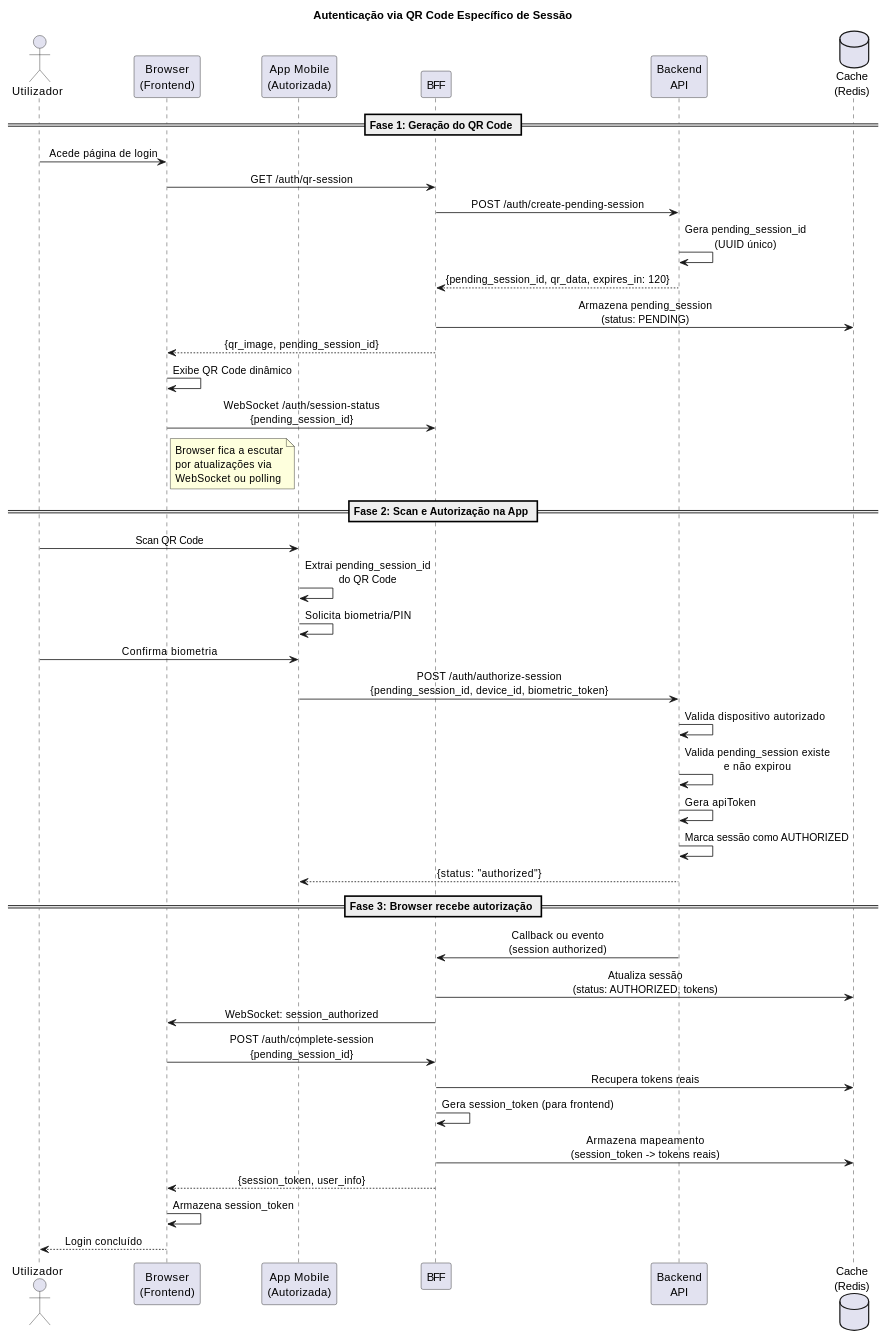
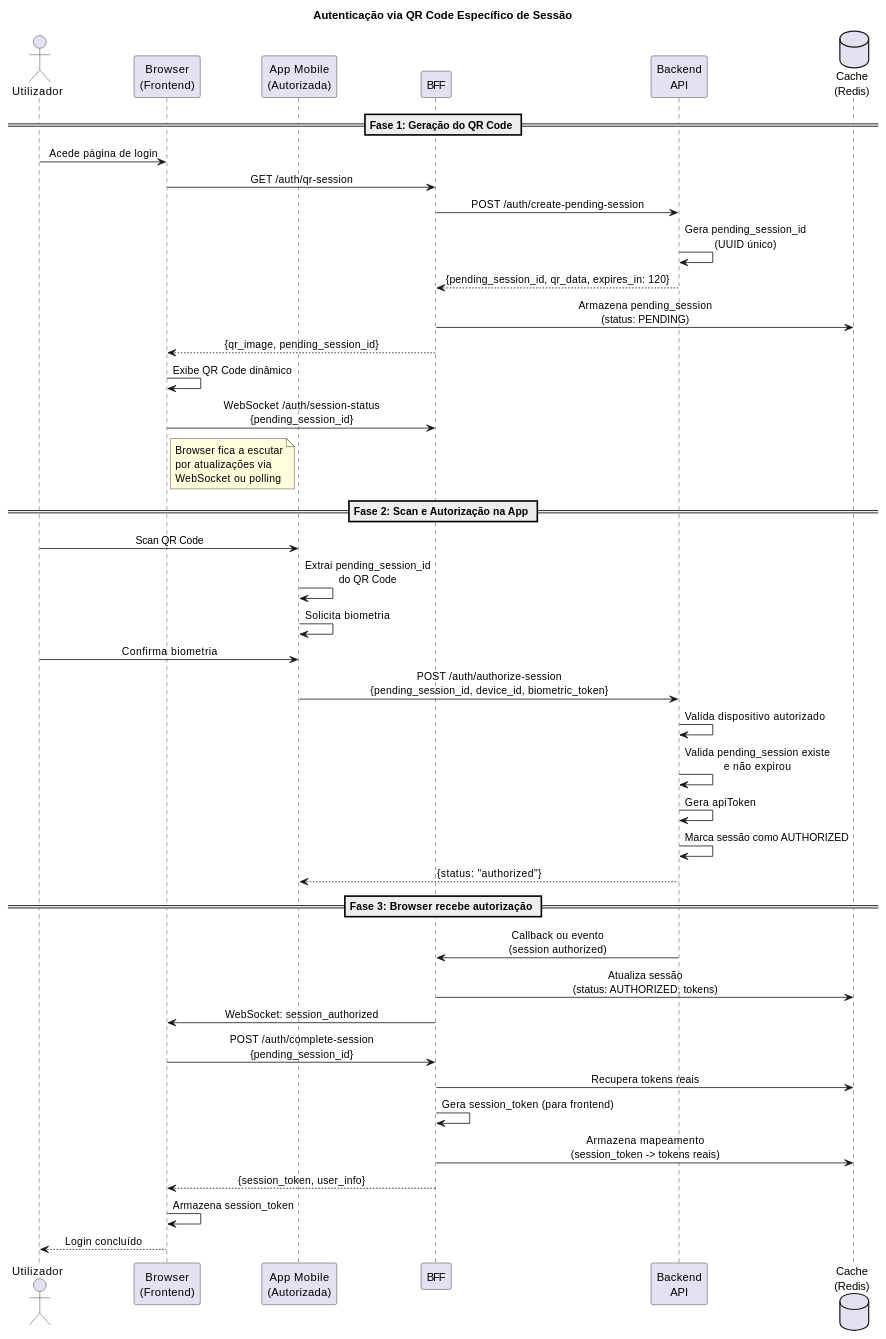
One commit to beduardo/novobanco_website_doc changed the first of 7 diagrams in project/definitions/DEF-13-autenticacao-oauth.md. Above: the diagram before and after it, drawn with PlantUML. The commit also changed other lines of this file and 22 other files, not shown here.

````diff
--- a/project/definitions/DEF-13-autenticacao-oauth.md
+++ b/project/definitions/DEF-13-autenticacao-oauth.md
@@ -65,56 +66,56 @@
 ```plantuml
 @startuml
 skinparam sequenceMessageAlign center
 skinparam responseMessageBelowArrow true
 
 title Autenticação via QR Code Específico de Sessão
 
 actor "Utilizador" as User
 participant "Browser\n(Frontend)" as Browser
 participant "App Mobile\n(Autorizada)" as App
 participant "BFF" as BFF
 participant "Backend\nAPI" as API
 database "Cache\n(Redis)" as Cache
 
 == Fase 1: Geração do QR Code ==
 User -> Browser : Acede página de login
 Browser -> BFF : GET /auth/qr-session
 BFF -> API : POST /auth/create-pending-session
 API -> API : Gera pending_session_id\n(UUID único)
 API --> BFF : {pending_session_id, qr_data, expires_in: 120}
 BFF -> Cache : Armazena pending_session\n(status: PENDING)
 BFF --> Browser : {qr_image, pending_session_id}
 Browser -> Browser : Exibe QR Code dinâmico
 Browser -> BFF : WebSocket /auth/session-status\n{pending_session_id}
 note right of Browser
 Browser fica a escutar
 por atualizações via
 WebSocket ou polling
 end note
 
 == Fase 2: Scan e Autorização na App ==
 User -> App : Scan QR Code
 App -> App : Extrai pending_session_id\ndo QR Code
-App -> App : Solicita biometria/PIN
+App -> App : Solicita biometria
 User -> App : Confirma biometria
 App -> API : POST /auth/authorize-session\n{pending_session_id, device_id, biometric_token}
 API -> API : Valida dispositivo autorizado
 API -> API : Valida pending_session existe\ne não expirou
 API -> API : Gera apiToken
 API -> API : Marca sessão como AUTHORIZED
 API --> App : {status: "authorized"}
 
 == Fase 3: Browser recebe autorização ==
 API -> BFF : Callback ou evento\n(session authorized)
 BFF -> Cache : Atualiza sessão\n(status: AUTHORIZED, tokens)
 BFF -> Browser : WebSocket: session_authorized
 Browser -> BFF : POST /auth/complete-session\n{pending_session_id}
 BFF -> Cache : Recupera tokens reais
 BFF -> BFF : Gera session_token (para frontend)
 BFF -> Cache : Armazena mapeamento\n(session_token -> tokens reais)
 BFF --> Browser : {session_token, user_info}
 Browser -> Browser : Armazena session_token
 Browser --> User : Login concluído
 
 @enduml
 ```
````
